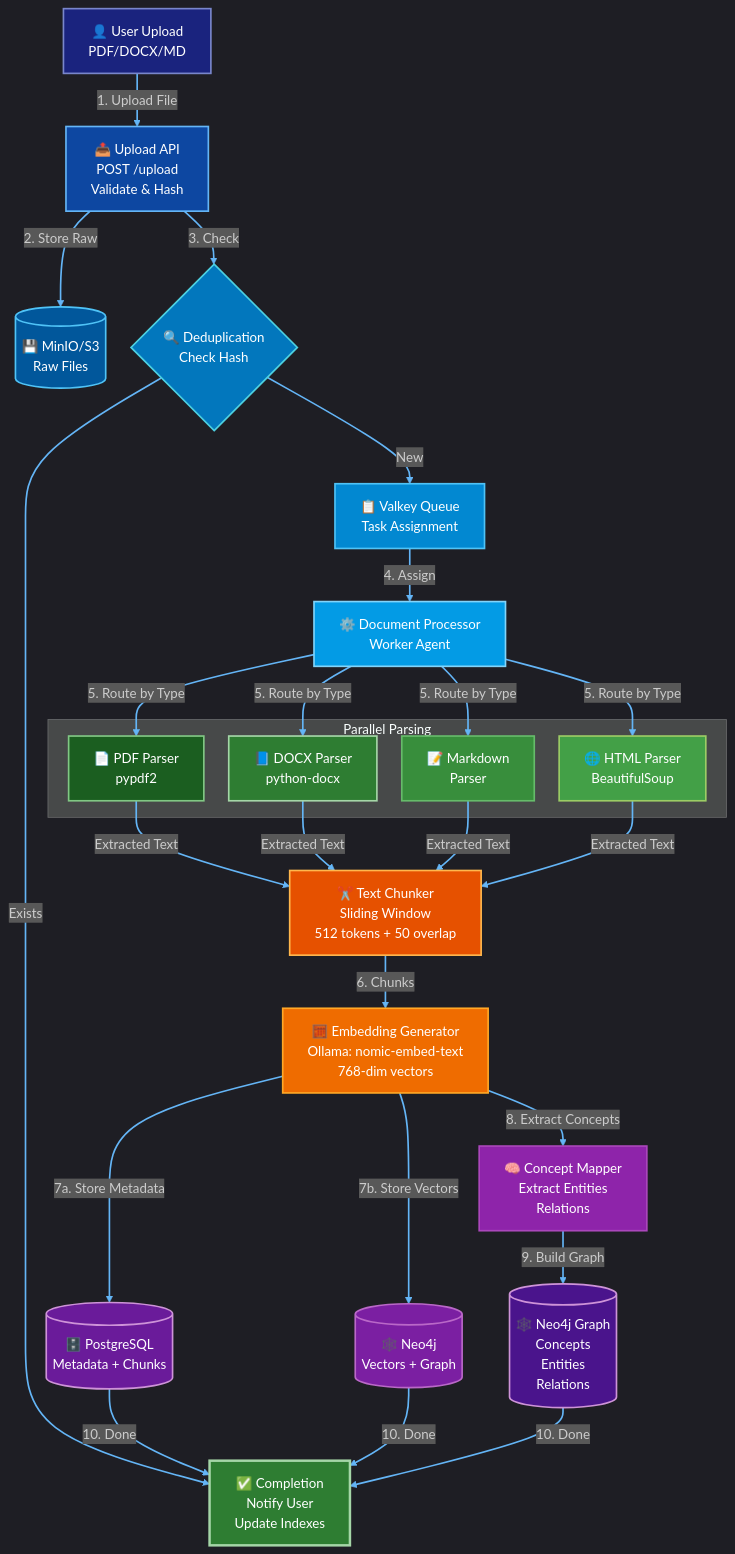
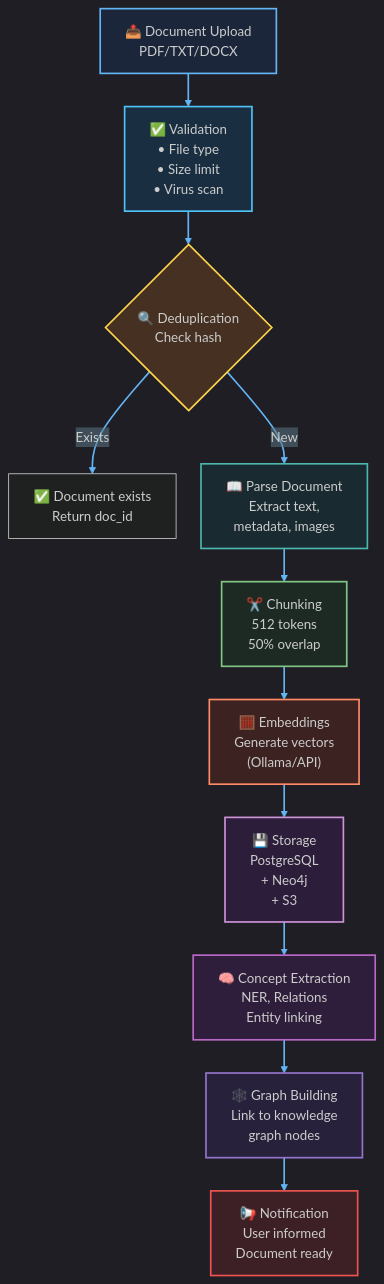
Diagram 13 of 24 in docs/ARCHITECTURE.md (veics/rage_pitch), drawn with Mermaid before and after one commit. The commit also changed other lines of this file and 8 other files, not shown here.

````diff
--- a/docs/ARCHITECTURE.md
+++ b/docs/ARCHITECTURE.md
@@ -649,87 +757,50 @@
 ```mermaid
-%%{init: {'theme':'dark', 'flowchart': {'nodeSpacing': 30, 'rankSpacing': 40, 'curve': 'basis'}}}%%
+%%{init: {'theme':'dark', 'flowchart': {'nodeSpacing': 30, 'rankSpacing': 40, 'curve': 'basis'}, 'themeVariables': {'labelBackground':'rgba(38, 50, 56, 0.1)'}}}%%
 flowchart TD
     %% Title: Document Ingestion Flow
-    User[👤 User Upload<br/>PDF/DOCX/MD]
+    UPL["📤 Document Upload<br/>PDF/TXT/DOCX"]
     
-    Upload[📤 Upload API<br/>POST /upload<br/>Validate & Hash]
+    VAL["✅ Validation<br/>• File type<br/>• Size limit<br/>• Virus scan"]
     
-    Storage[(💾 MinIO/S3<br/>Raw Files)]
+    DEDUP{"🔍 Deduplication<br/>Check hash"}
     
-    Dedup{🔍 Deduplication<br/>Check Hash}
+    EXISTS["✅ Document exists<br/>Return doc_id"]
     
-    Queue[📋 Valkey Queue<br/>Task Assignment]
+    PARSE["📖 Parse Document<br/>Extract text,<br/>metadata, images"]
     
-    Worker[⚙️ Document Processor<br/>Worker Agent]
+    CHUNK["✂️ Chunking<br/>512 tokens<br/>50% overlap"]
     
-    subgraph "Parallel Parsing"
-        PDF[📄 PDF Parser<br/>pypdf2]
-        DOCX[📘 DOCX Parser<br/>python-docx]
-        MD[📝 Markdown<br/>Parser]
-        HTML[🌐 HTML Parser<br/>BeautifulSoup]
-    end
+    EMBED["🧮 Embeddings<br/>Generate vectors<br/>(Ollama/API)"]
     
-    Chunker[✂️ Text Chunker<br/>Sliding Window<br/>512 tokens + 50 overlap]
+    STORE["💾 Storage<br/>PostgreSQL<br/>+ Neo4j<br/>+ S3"]
     
-    Embedder[🧮 Embedding Generator<br/>Ollama: nomic-embed-text<br/>768-dim vectors]
+    CONCEPT["🧠 Concept Extraction<br/>NER, Relations<br/>Entity linking"]
     
-    PG[(🗄️ PostgreSQL<br/>Metadata + Chunks)]
-    Neo[(🕸️ Neo4j<br/>Vectors + Graph)]
+    GRAPH["🕸️ Graph Building<br/>Link to knowledge<br/>graph nodes"]
     
-    Concept[🧠 Concept Mapper<br/>Extract Entities<br/>Relations]
+    NOTIFY["📢 Notification<br/>User informed<br/>Document ready"]
     
-    Graph[(🕸️ Neo4j Graph<br/>Concepts<br/>Entities<br/>Relations)]
+    UPL --> VAL
+    VAL --> DEDUP
+    DEDUP -->|Exists| EXISTS
+    DEDUP -->|New| PARSE
+    PARSE --> CHUNK
+    CHUNK --> EMBED
+    EMBED --> STORE
+    STORE --> CONCEPT
+    CONCEPT --> GRAPH
+    GRAPH --> NOTIFY
     
-    Complete[✅ Completion<br/>Notify User<br/>Update Indexes]
-    
-    User -->|1. Upload File| Upload
-    Upload -->|2. Store Raw| Storage
-    Upload -->|3. Check| Dedup
-    
-    Dedup -->|Exists| Complete
-    Dedup -->|New| Queue
-    
-    Queue -->|4. Assign| Worker
-    
-    Worker -->|5. Route by Type| PDF
-    Worker -->|5. Route by Type| DOCX
-    Worker -->|5. Route by Type| MD
-    Worker -->|5. Route by Type| HTML
-    
-    PDF -->|Extracted Text| Chunker
-    DOCX -->|Extracted Text| Chunker
-    MD -->|Extracted Text| Chunker
-    HTML -->|Extracted Text| Chunker
-    
-    Chunker -->|6. Chunks| Embedder
-    
-    Embedder -->|7a. Store Metadata| PG
-    Embedder -->|7b. Store Vectors| Neo
-    Embedder -->|8. Extract Concepts| Concept
-    
-    Concept -->|9. Build Graph| Graph
-    
-    PG -->|10. Done| Complete
-    Neo -->|10. Done| Complete
-    Graph -->|10. Done| Complete
-    
-    style User fill:#1a237e,stroke:#7986cb,stroke-width:2px,color:#fff
-    style Upload fill:#0d47a1,stroke:#64b5f6,stroke-width:2px,color:#fff
-    style Storage fill:#01579b,stroke:#4fc3f7,stroke-width:2px,color:#fff
-    style Dedup fill:#0277bd,stroke:#4dd0e1,stroke-width:2px,color:#fff
-    style Queue fill:#0288d1,stroke:#4fc3f7,stroke-width:2px,color:#fff
-    style Worker fill:#039be5,stroke:#81d4fa,stroke-width:2px,color:#fff
-    style PDF fill:#1b5e20,stroke:#81c784,stroke-width:2px,color:#fff
-    style DOCX fill:#2e7d32,stroke:#a5d6a7,stroke-width:2px,color:#fff
-    style MD fill:#388e3c,stroke:#66bb6a,stroke-width:2px,color:#fff
-    style HTML fill:#43a047,stroke:#9ccc65,stroke-width:2px,color:#fff
-    style Chunker fill:#e65100,stroke:#ffb74d,stroke-width:2px,color:#fff
-    style Embedder fill:#ef6c00,stroke:#ffa726,stroke-width:2px,color:#fff
-    style PG fill:#6a1b9a,stroke:#ce93d8,stroke-width:2px,color:#fff
-    style Neo fill:#7b1fa2,stroke:#ba68c8,stroke-width:2px,color:#fff
-    style Concept fill:#8e24aa,stroke:#ab47bc,stroke-width:2px,color:#fff
-    style Graph fill:#4a148c,stroke:#ce93d8,stroke-width:2px,color:#fff
-    style Complete fill:#2e7d32,stroke:#a5d6a7,stroke-width:3px,color:#fff
-    
+    style UPL fill:#0d47a1,fill-opacity:0.18,stroke:#64b5f6,stroke-width:2px
+    style VAL fill:#0277bd,fill-opacity:0.18,stroke:#4fc3f7,stroke-width:2px
+    style DEDUP fill:#f57f17,fill-opacity:0.18,stroke:#ffd54f,stroke-width:2px
+    style PARSE fill:#006064,fill-opacity:0.18,stroke:#4db6ac,stroke-width:2px
+    style CHUNK fill:#1b5e20,fill-opacity:0.18,stroke:#81c784,stroke-width:2px
+    style EMBED fill:#bf360c,fill-opacity:0.18,stroke:#ff8a65,stroke-width:2px
+    style STORE fill:#6a1b9a,fill-opacity:0.18,stroke:#ce93d8,stroke-width:2px
+    style CONCEPT fill:#7b1fa2,fill-opacity:0.18,stroke:#ba68c8,stroke-width:2px
+    style GRAPH fill:#512da8,fill-opacity:0.18,stroke:#9575cd,stroke-width:2px
+    style NOTIFY fill:#c62828,fill-opacity:0.18,stroke:#ef5350,stroke-width:2px
+
     linkStyle default stroke:#64b5f6,stroke-width:2px;
 ```
````
